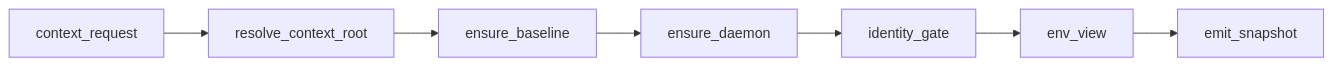
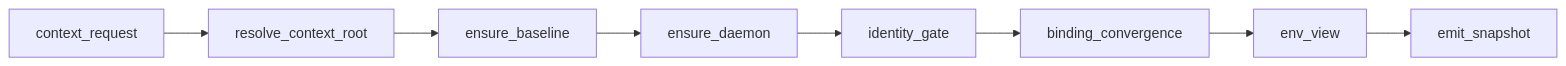
Before and after one commit to Jasonzhangf/appsdk: the second of 2 diagrams in docs/collab-context-state-machine.md, drawn with Mermaid. The commit also changed other lines of this file and 20 other files, not shown here.

````diff
--- a/docs/collab-context-state-machine.md
+++ b/docs/collab-context-state-machine.md
@@ -90,9 +90,10 @@
 ```mermaid
 flowchart LR
     S[context_request] --> R[resolve_context_root]
     R --> B[ensure_baseline]
     B --> D[ensure_daemon]
     D --> I[identity_gate]
-    I --> E[env_view]
+    I --> C[binding_convergence]
+    C --> E[env_view]
     E --> O[emit_snapshot]
 ```
````
